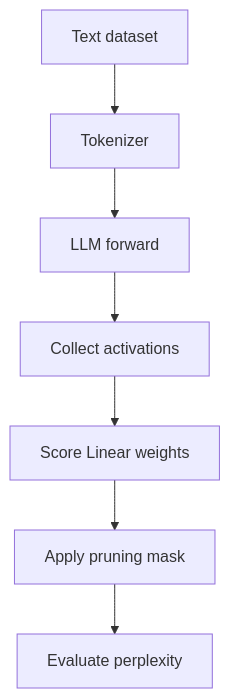
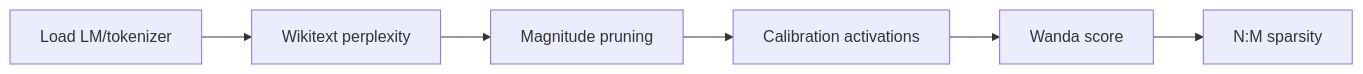
One commit to knowgyu/aisp changed the diagram in study_notes/on_device_ai/practice/04_pruning_llm_practice_guide.md. Above: the diagram before and after it, drawn with Mermaid. The commit also changed other lines of this file and 10 other files, not shown here.

````diff
--- a/study_notes/on_device_ai/practice/04_pruning_llm_practice_guide.md
+++ b/study_notes/on_device_ai/practice/04_pruning_llm_practice_guide.md
@@ -6,8 +11,14 @@
 ```mermaid
-flowchart TD
-  A["Text dataset"] --> B["Tokenizer"] --> C["LLM forward"]
-  C --> D["Collect activations"]
-  D --> E["Score Linear weights"]
-  E --> F["Apply pruning mask"]
-  F --> G["Evaluate perplexity"]
+flowchart LR
+  A["Load LM/tokenizer"]
+  B["Wikitext perplexity"]
+  A --> B
+  C["Magnitude pruning"]
+  B --> C
+  D["Calibration activations"]
+  C --> D
+  E["Wanda score"]
+  D --> E
+  F["N:M sparsity"]
+  E --> F
 ```
````
